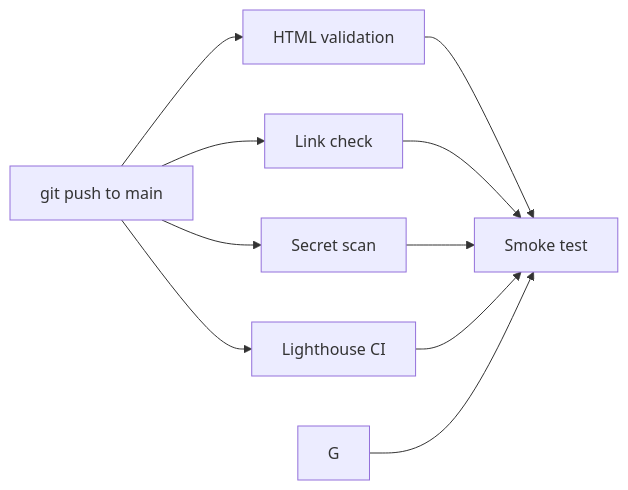
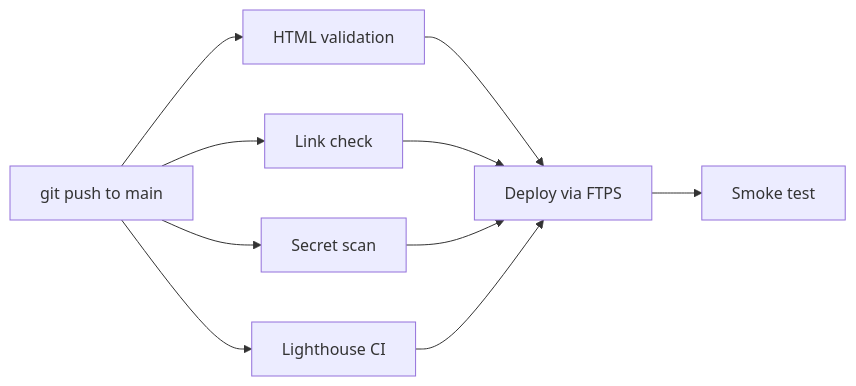
The diagram in README.md (gomslhi/projectgomsil-resume), drawn with Mermaid before and after one commit.

````diff
--- a/README.md
+++ b/README.md
@@ -11,9 +11,9 @@
 ```mermaid
 flowchart LR
   A[git push to main] --> B[HTML validation]
   A --> C[Link check]
   A --> D[Secret scan]
   A --> E[Lighthouse CI]
   B & C & D & E --> F[Deploy via FTPS]
-  G --> F[Smoke test]
+  F --> G[Smoke test]
 ```
````
